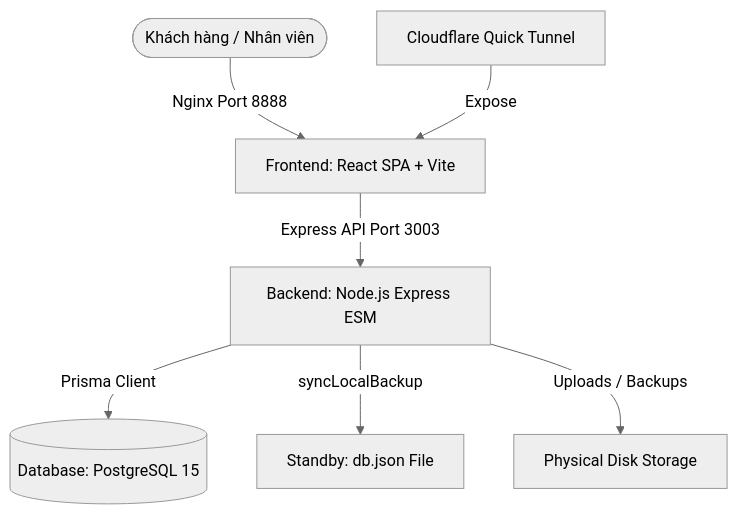
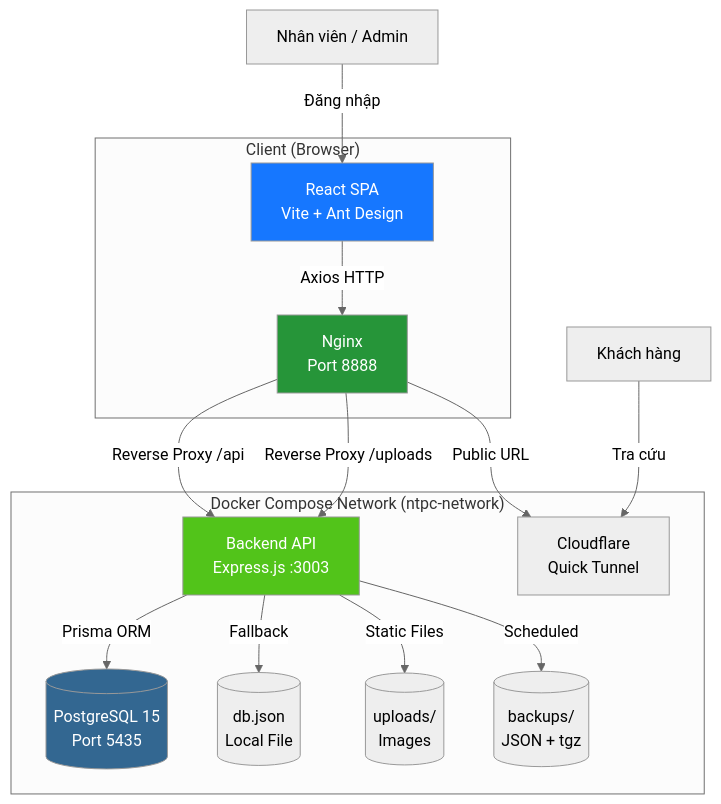
One commit to clonethinh/baohanhntpc changed the first of 5 diagrams in README.md. Above: the diagram before and after it, drawn with Mermaid (neutral theme). The commit also changed other lines of this file, not shown here.

````diff
--- a/README.md
+++ b/README.md
@@ -31,9 +79,24 @@
 ```mermaid
-graph TD
-    User([Khách hàng / Nhân viên]) -->|Nginx Port 8888| Web[Frontend: React SPA + Vite]
-    Web -->|Express API Port 3003| API[Backend: Node.js Express ESM]
-    API -->|Prisma Client| DB[(Database: PostgreSQL 15)]
-    API -->|syncLocalBackup| JSON[Standby: db.json File]
-    API -->|Uploads / Backups| FS[Physical Disk Storage]
-    Tunnel[Cloudflare Quick Tunnel] -->|Expose| Web
+graph TB
+    subgraph "Client (Browser)"
+        A[React SPA<br/>Vite + Ant Design] -->|Axios HTTP| B[Nginx<br/>Port 8888]
+    end
+
+    subgraph "Docker Compose Network (ntpc-network)"
+        B -->|Reverse Proxy /api| C[Backend API<br/>Express.js :3003]
+        B -->|Reverse Proxy /uploads| C
+        C -->|Prisma ORM| D[(PostgreSQL 15<br/>Port 5435)]
+        C -->|Fallback| E[(db.json<br/>Local File)]
+        C -->|Static Files| F[(uploads/<br/>Images)]
+        C -->|Scheduled| G[(backups/<br/>JSON + tgz)]
+        B -->|Public URL| H[Cloudflare<br/>Quick Tunnel]
+    end
+
+    I[Khách hàng] -->|Tra cứu| H
+    J[Nhân viên / Admin] -->|Đăng nhập| A
+
+    style A fill:#1677FF,color:#fff
+    style C fill:#52C41A,color:#fff
+    style D fill:#336791,color:#fff
+    style B fill:#269539,color:#fff
 ```
````
